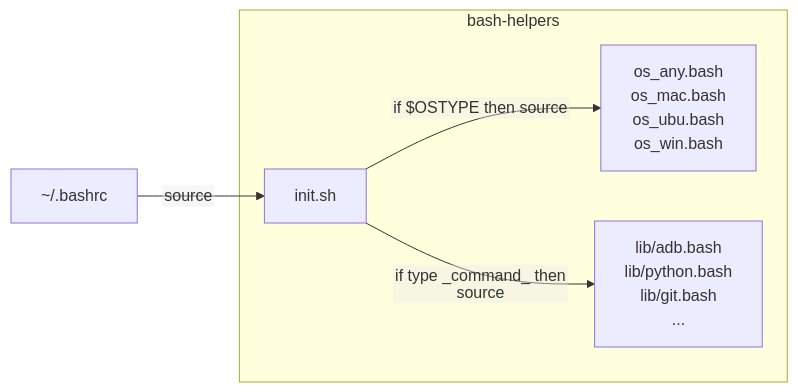
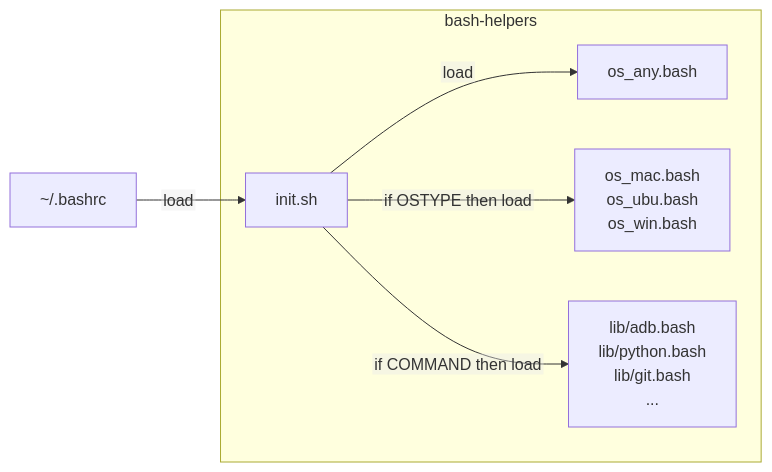
Before and after one commit to alanlivio/ps-sh-helpers: the diagram in README.md, drawn with Mermaid. The commit also changed other lines of this file, not shown here.

Commit message:
update mermaid diagram

````diff
--- a/README.md
+++ b/README.md
@@ -8,22 +8,23 @@
 ```mermaid
 %%{init: {"flowchart": {"htmlLabels": false}} }%%
 flowchart LR
     bashrc["~/.bashrc"]
     subgraph bash-helpers
     init["init.sh"]
+    any["os_any.bash"]
     os-dependent["
-        os_any.bash
         os_mac.bash
         os_ubu.bash
         os_win.bash"]
     command-dependent["
         lib/adb.bash
         lib/python.bash
         lib/git.bash
         ...
     "]
     end
-    bashrc --> |source| init
-    init --> |if $OSTYPE then source | os-dependent
-    init --> |if type _command_ then source | command-dependent
+    bashrc --> |"load"| init
+    init --> |"load"|any
+    init --> |"if OSTYPE then load"|os-dependent
+    init --> |"if COMMAND then load"|command-dependent
 ```
````
